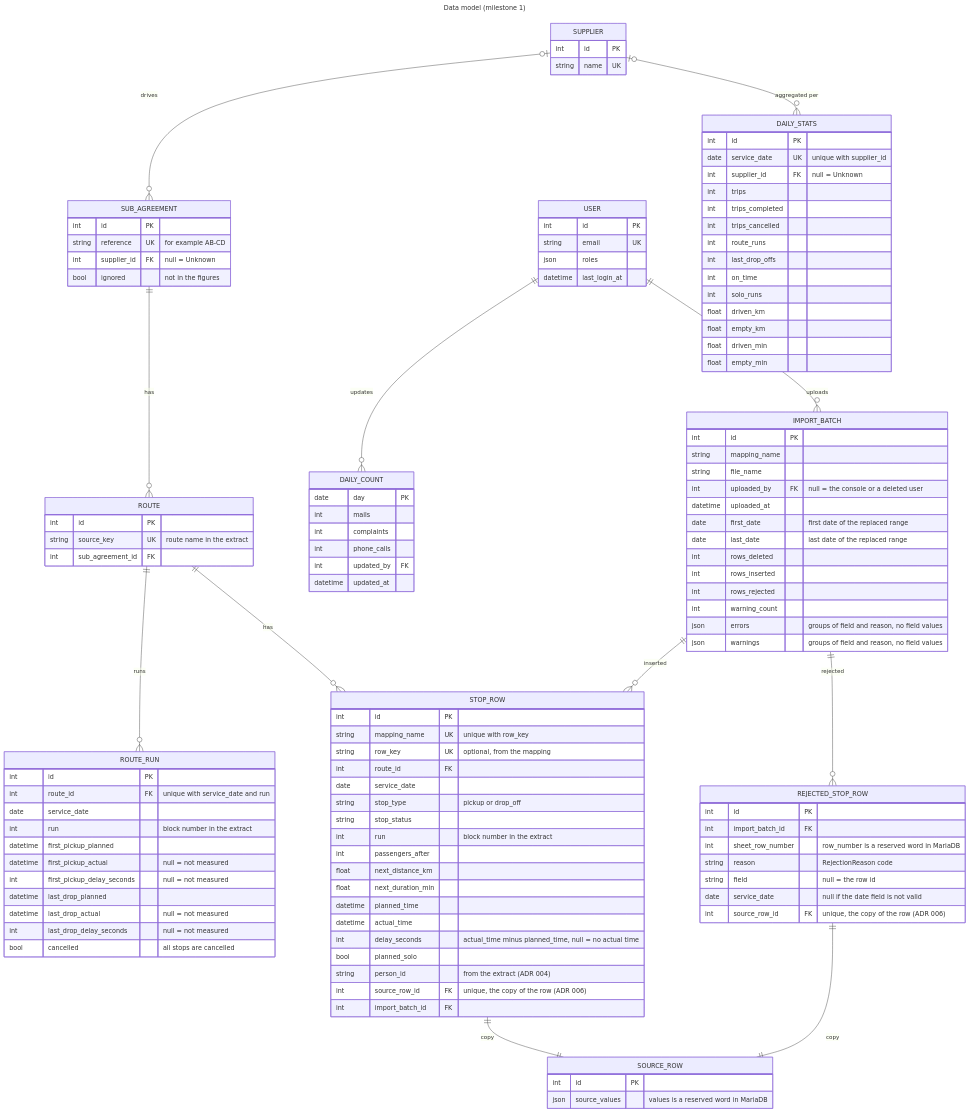
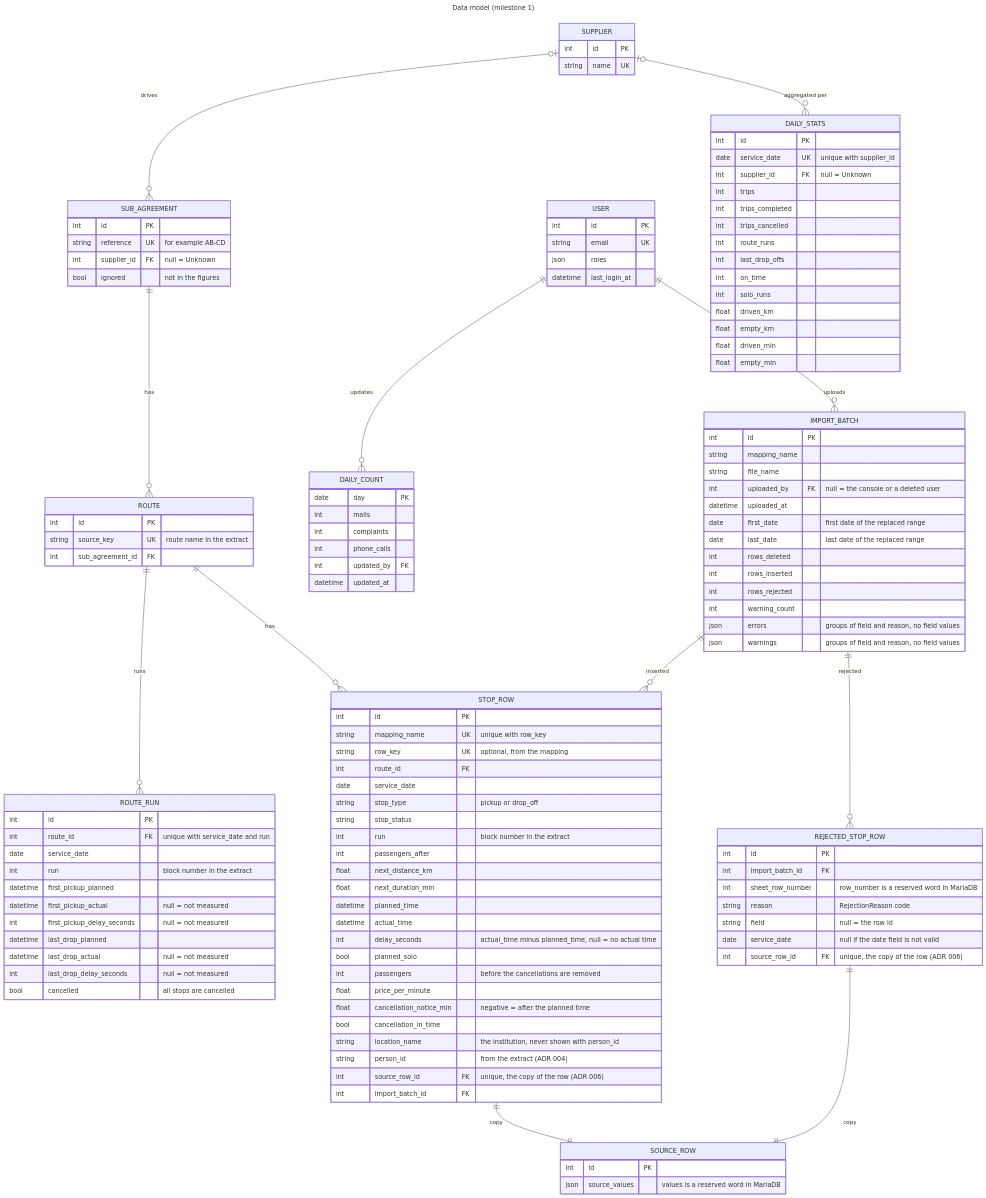
Before and after one commit to itk-dev/koerselsoverblik: the fourth of 7 diagrams in docs/architecture.md, drawn with Mermaid. The commit also changed other lines of this file and 4 other files, not shown here.

```diff
--- a/docs/architecture.md
+++ b/docs/architecture.md
@@ -290,6 +290,11 @@
         datetime actual_time
         int delay_seconds "actual_time minus planned_time, null = no actual time"
         bool planned_solo
+        int passengers "before the cancellations are removed"
+        float price_per_minute
+        float cancellation_notice_min "negative = after the planned time"
+        bool cancellation_in_time
+        string location_name "the institution, never shown with person_id"
         string person_id "from the extract (ADR 004)"
         int source_row_id FK "unique, the copy of the row (ADR 006)"
         int import_batch_id FK
```
